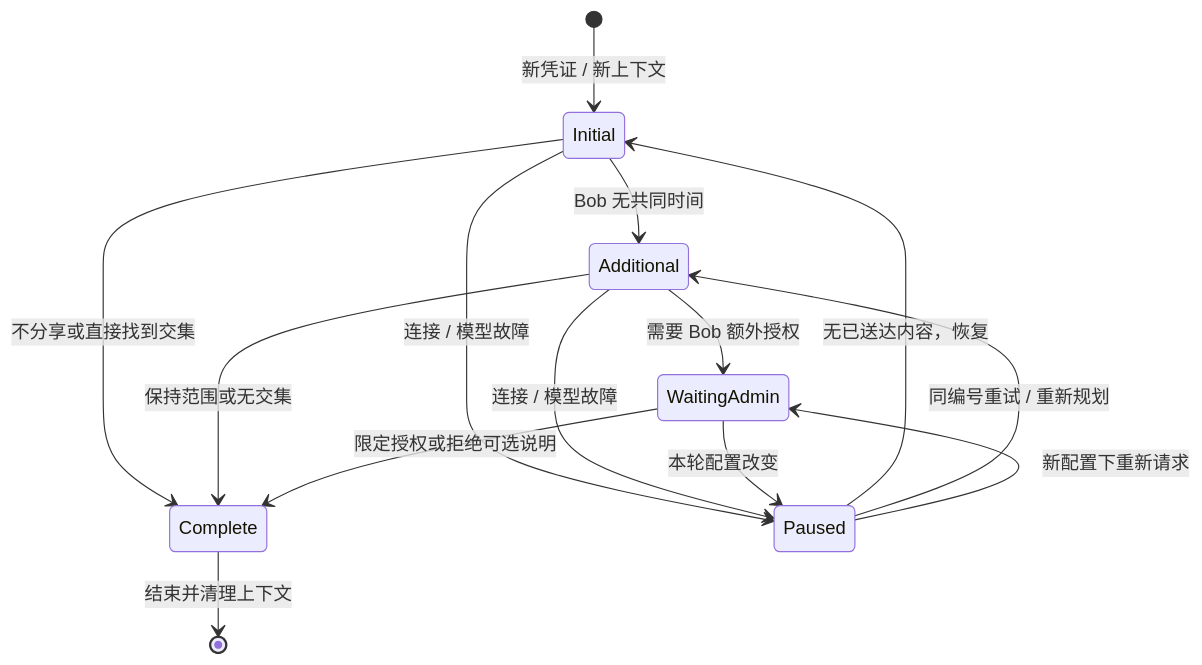
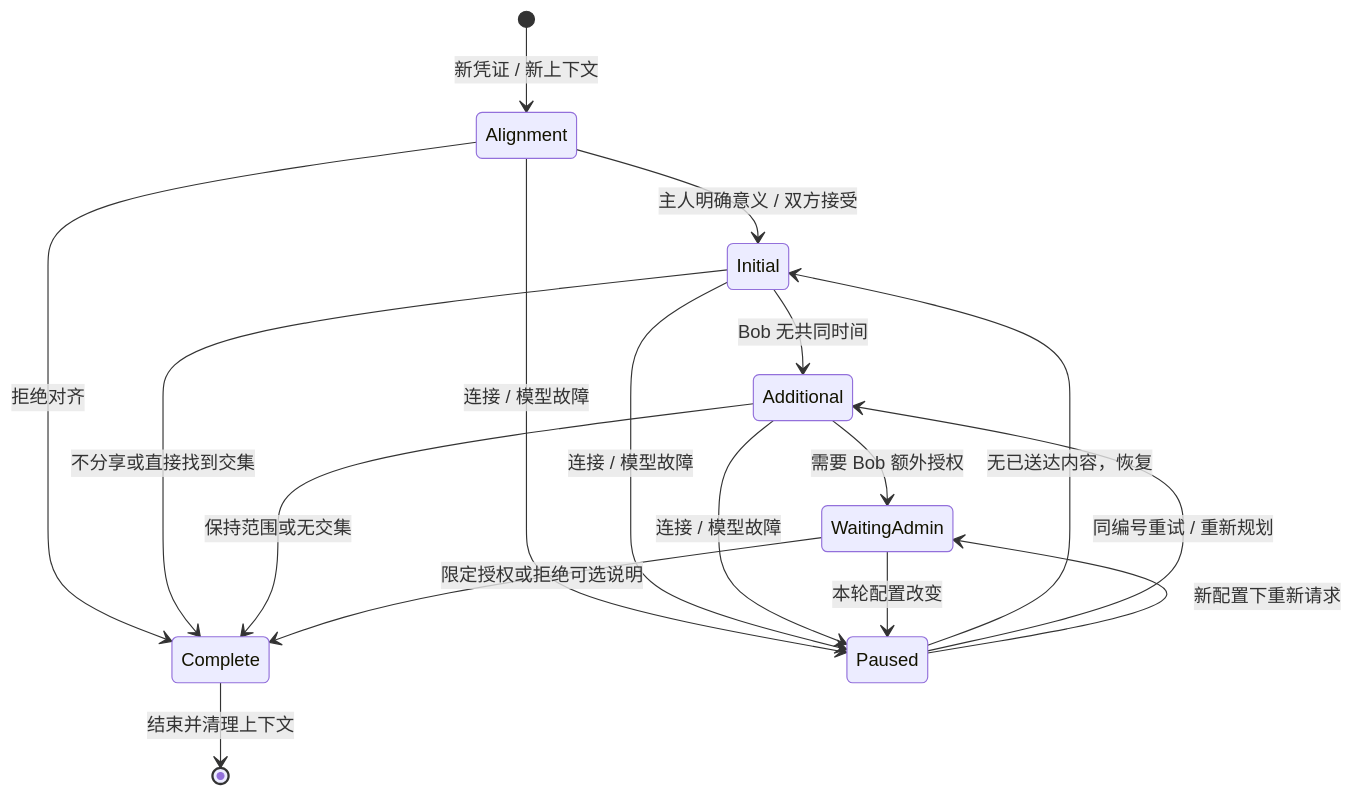
Before and after one commit to BillShiyaoZhang/agent-on-request: the second of 3 diagrams in README.md, drawn with Mermaid. The commit also changed other lines of this file and 30 other files, not shown here.

````diff
--- a/README.md
+++ b/README.md
@@ -92,16 +102,19 @@
 ```mermaid
 stateDiagram-v2
-    [*] --> Initial: 新凭证 / 新上下文
+    [*] --> Alignment: 新凭证 / 新上下文
+    Alignment --> Initial: 主人明确意义 / 双方接受
+    Alignment --> Complete: 拒绝对齐
+    Alignment --> Paused: 连接 / 模型故障
     Initial --> Additional: Bob 无共同时间
     Initial --> Complete: 不分享或直接找到交集
     Additional --> WaitingAdmin: 需要 Bob 额外授权
     Additional --> Complete: 保持范围或无交集
     WaitingAdmin --> Complete: 限定授权或拒绝可选说明
     Initial --> Paused: 连接 / 模型故障
     Additional --> Paused: 连接 / 模型故障
     WaitingAdmin --> Paused: 本轮配置改变
     Paused --> Initial: 无已送达内容，恢复
     Paused --> Additional: 同编号重试 / 重新规划
     Paused --> WaitingAdmin: 新配置下重新请求
     Complete --> [*]: 结束并清理上下文
 ```
````
